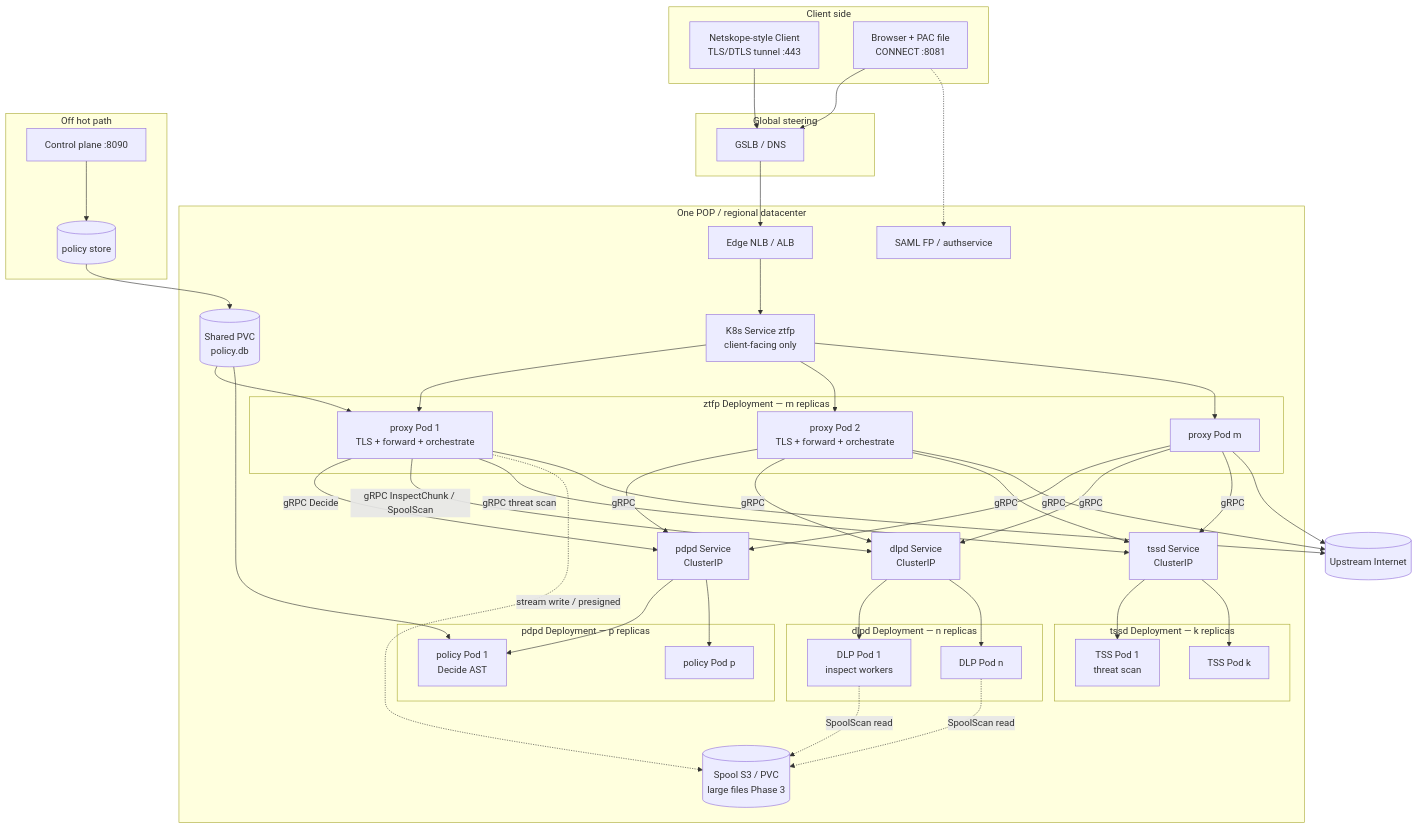
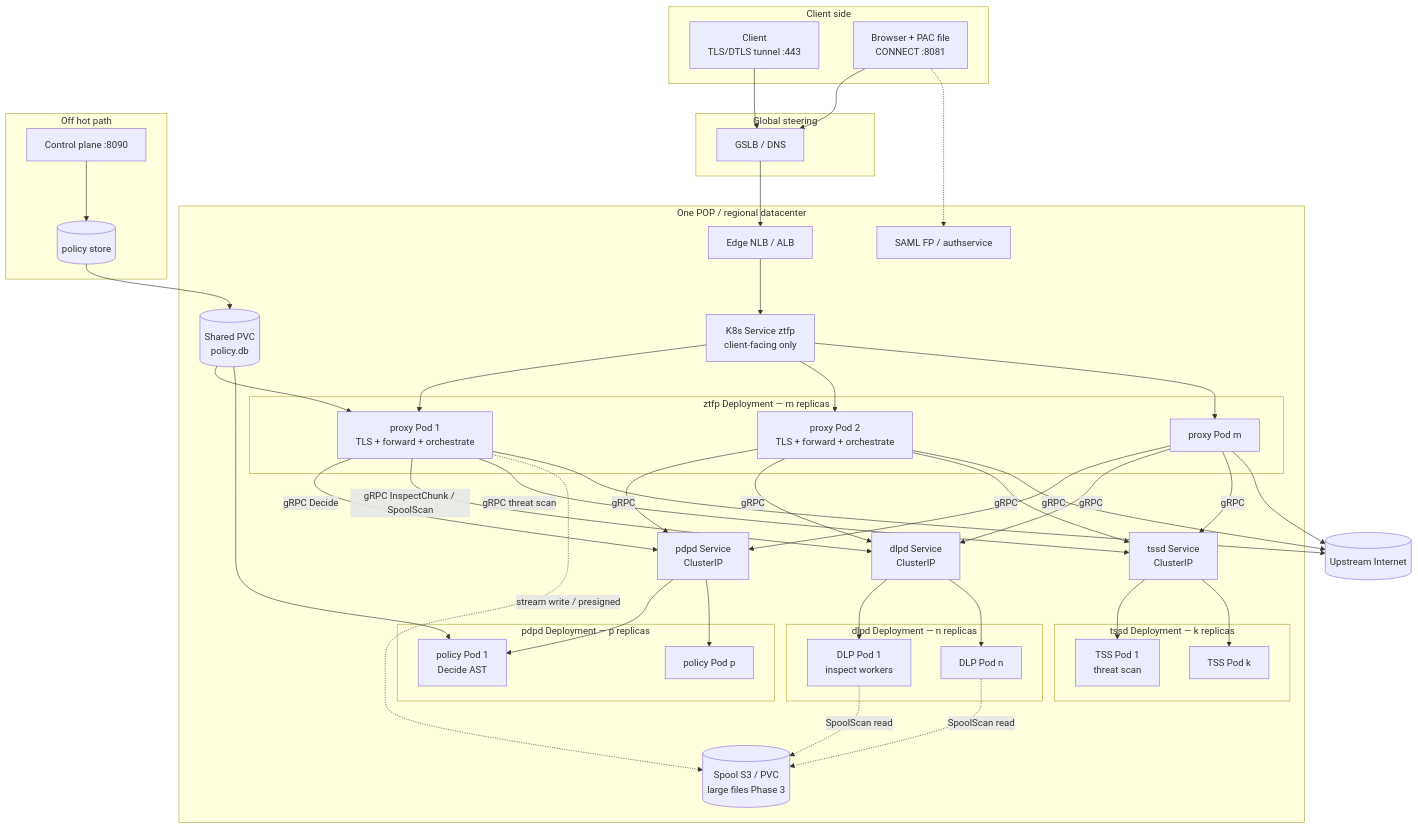
One commit to code-with-amitk/ZeroTrustForwardProxy changed the second of 4 diagrams in Documentation/architecture.md. Above: the diagram before and after it, drawn with Mermaid. The commit also changed other lines of this file and 7 other files, not shown here.

````diff
--- a/Documentation/architecture.md
+++ b/Documentation/architecture.md
@@ -135,7 +135,7 @@
 ```mermaid
 flowchart TB
     subgraph ClientSide [Client side]
-        NC[Netskope-style Client<br/>TLS/DTLS tunnel :443]
+        NC[Client<br/>TLS/DTLS tunnel :443]
         BR[Browser + PAC file<br/>CONNECT :8081]
     end
 
````
